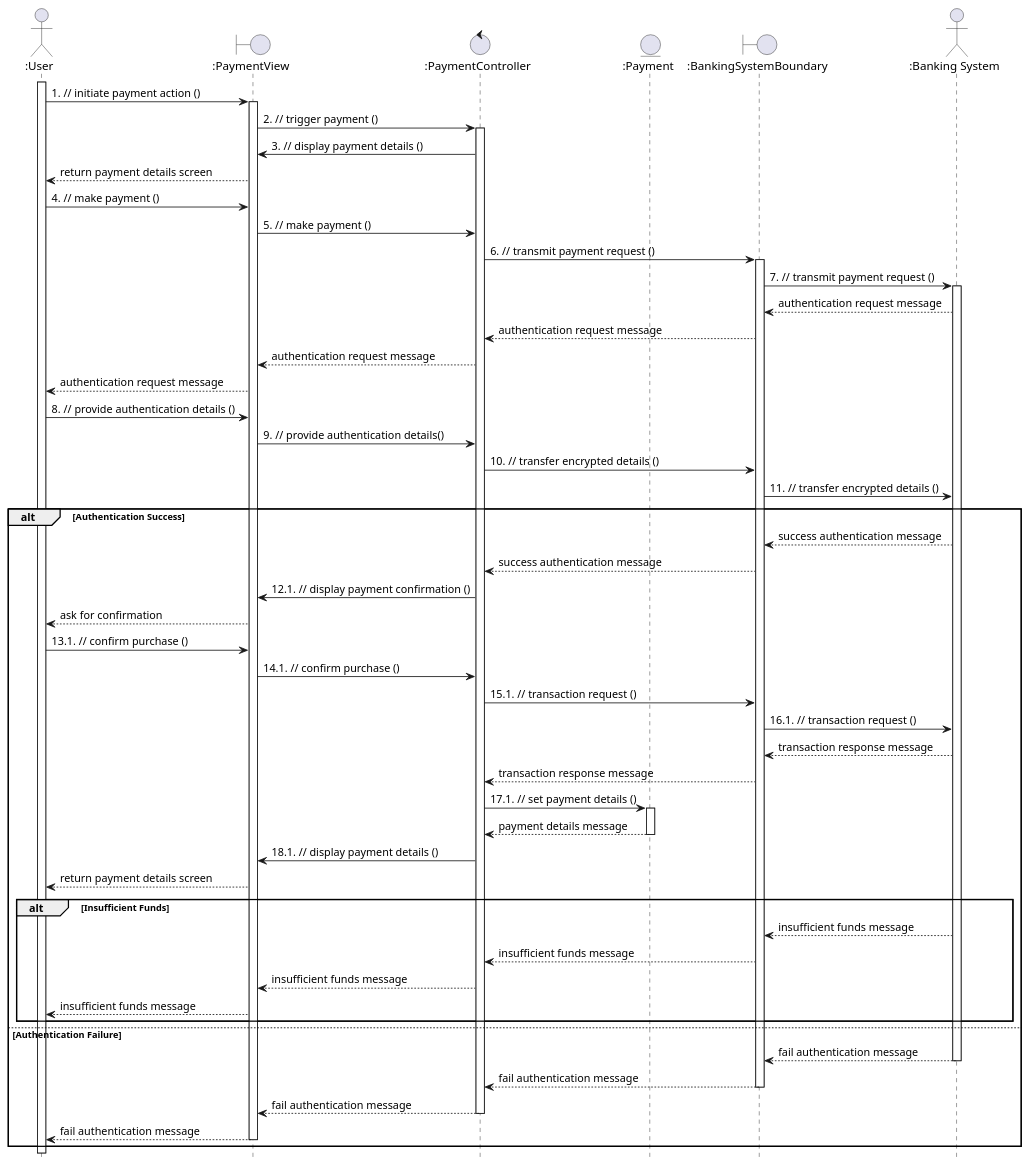
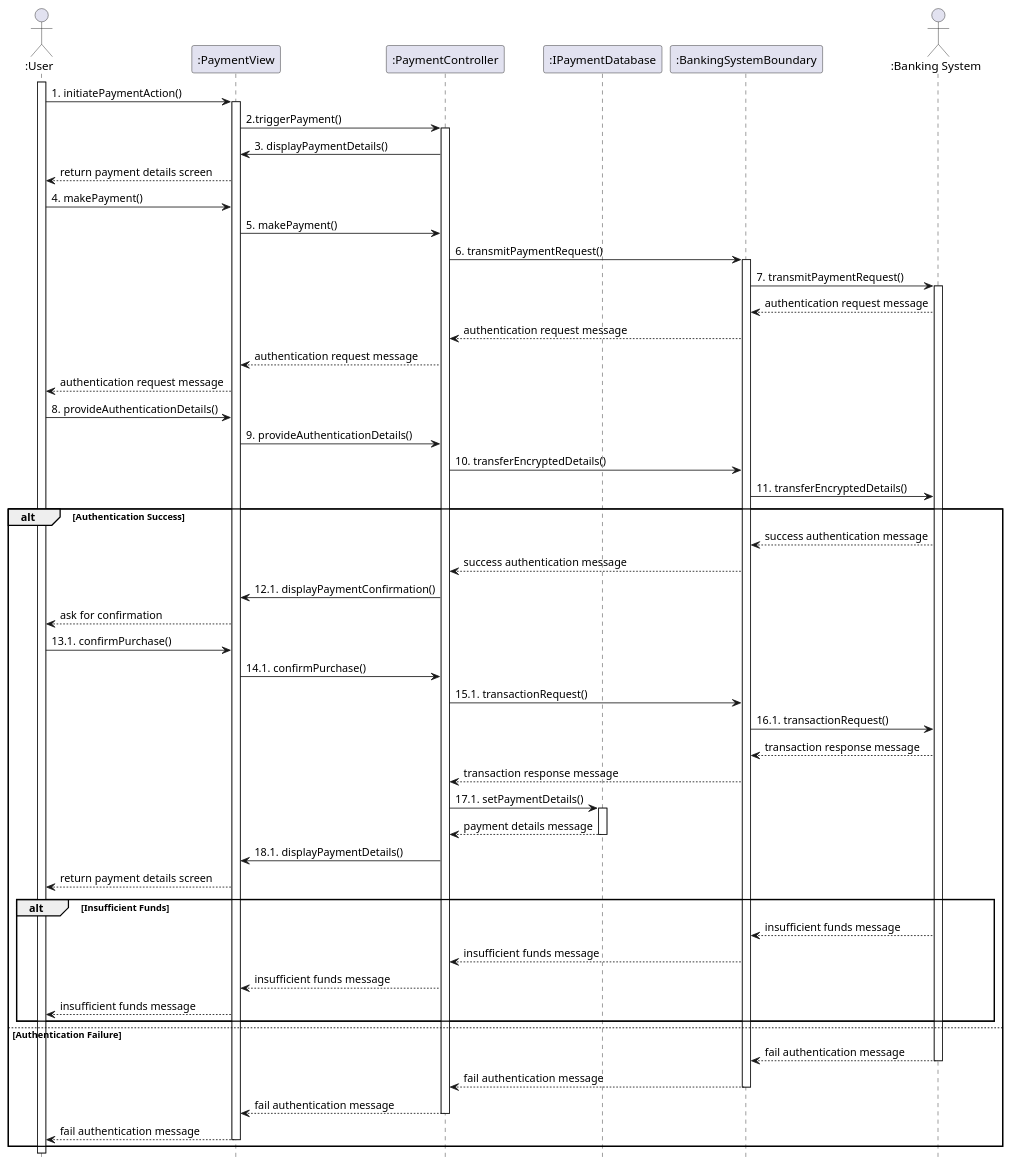
One commit to anhbanlinhle/velocity-exchange changed the diagram in uml/design/sequence/linh/make_payment.pu. Above: the diagram before and after it, drawn with PlantUML. The commit also changed 1 other file, not shown here.

```diff
--- a/uml/design/sequence/linh/make_payment.pu
+++ b/uml/design/sequence/linh/make_payment.pu
@@ -1,92 +1,92 @@
 @startuml UC_8
 hide footbox
 
 actor ":User" as User
-boundary ":PaymentView" as PaymentView
-control ":PaymentController" as PaymentController
-entity ":Payment" as Payment
-boundary  ":BankingSystemBoundary" as BankingSystemBoundary
+participant ":PaymentView" as PaymentView
+participant ":PaymentController" as PaymentController
+participant ":IPaymentDatabase" as Payment
+participant  ":BankingSystemBoundary" as BankingSystemBoundary
 actor ":Banking System" as BankingSystem
 
 User ++
-  User -> PaymentView: 1. // initiate payment action ()
+  User -> PaymentView: 1. initiatePaymentAction()
   PaymentView ++
-    PaymentView -> PaymentController: 2. // trigger payment ()
+    PaymentView -> PaymentController: 2.triggerPayment()
     PaymentController ++
-      PaymentController -> PaymentView: 3. // display payment details ()
+      PaymentController -> PaymentView: 3. displayPaymentDetails()
       PaymentView --> User: return payment details screen
 
   
-  User -> PaymentView: 4. // make payment ()
-    PaymentView -> PaymentController: 5. // make payment ()
-      PaymentController ->  BankingSystemBoundary: 6. // transmit payment request ()
+  User -> PaymentView: 4. makePayment()
+    PaymentView -> PaymentController: 5. makePayment()
+      PaymentController ->  BankingSystemBoundary: 6. transmitPaymentRequest()
       BankingSystemBoundary ++
-         BankingSystemBoundary -> BankingSystem: 7. // transmit payment request ()
+        BankingSystemBoundary -> BankingSystem: 7. transmitPaymentRequest()
         BankingSystem ++
           BankingSystem -->  BankingSystemBoundary: authentication request message
 
         BankingSystemBoundary --> PaymentController: authentication request message
       PaymentController --> PaymentView: authentication request message
     PaymentView --> User: authentication request message
-  User -> PaymentView: 8. // provide authentication details ()
-    PaymentView -> PaymentController: 9. // provide authentication details()
-      PaymentController ->  BankingSystemBoundary: 10. // transfer encrypted details ()
-         BankingSystemBoundary -> BankingSystem: 11. // transfer encrypted details ()
+  User -> PaymentView: 8. provideAuthenticationDetails()
+    PaymentView -> PaymentController: 9. provideAuthenticationDetails()
+      PaymentController ->  BankingSystemBoundary: 10. transferEncryptedDetails()
+        BankingSystemBoundary -> BankingSystem: 11. transferEncryptedDetails()
 
 alt Authentication Success
     BankingSystem -->  BankingSystemBoundary: success authentication message
     
       BankingSystemBoundary --> PaymentController: success authentication message
       
-        PaymentController -> PaymentView: 12.1. // display payment confirmation ()
+        PaymentController -> PaymentView: 12.1. displayPaymentConfirmation()
         
           PaymentView --> User: ask for confirmation
 
 
-        User -> PaymentView: 13.1. // confirm purchase ()
+        User -> PaymentView: 13.1. confirmPurchase()
         
-          PaymentView -> PaymentController: 14.1. // confirm purchase ()
+          PaymentView -> PaymentController: 14.1. confirmPurchase()
           
-            PaymentController ->  BankingSystemBoundary: 15.1. // transaction request ()
+            PaymentController ->  BankingSystemBoundary: 15.1. transactionRequest()
             
-              BankingSystemBoundary -> BankingSystem: 16.1. // transaction request ()
+              BankingSystemBoundary -> BankingSystem: 16.1. transactionRequest()
               
                 BankingSystem -->  BankingSystemBoundary: transaction response message
                 
               BankingSystemBoundary --> PaymentController: transaction response message
               
-            PaymentController -> Payment: 17.1. // set payment details ()
+            PaymentController -> Payment: 17.1. setPaymentDetails()
             
             Payment ++
               Payment --> PaymentController: payment details message
               
             Payment --
-            PaymentController -> PaymentView: 18.1. // display payment details ()
+            PaymentController -> PaymentView: 18.1. displayPaymentDetails()
             PaymentView --> User: return payment details screen
           
 
     alt Insufficient Funds
       BankingSystem -->  BankingSystemBoundary: insufficient funds message
       
         BankingSystemBoundary --> PaymentController: insufficient funds message
         
           PaymentController --> PaymentView: insufficient funds message
           
             PaymentView --> User: insufficient funds message
             
     end
 
 else Authentication Failure
   BankingSystem -->  BankingSystemBoundary: fail authentication message
       BankingSystem --
       BankingSystemBoundary --> PaymentController: fail authentication message
       BankingSystemBoundary --
         PaymentController --> PaymentView: fail authentication message
         PaymentController --
           PaymentView --> User: fail authentication message
           
         deactivate PaymentView
       deactivate PaymentController
 end
 
 @enduml
```
